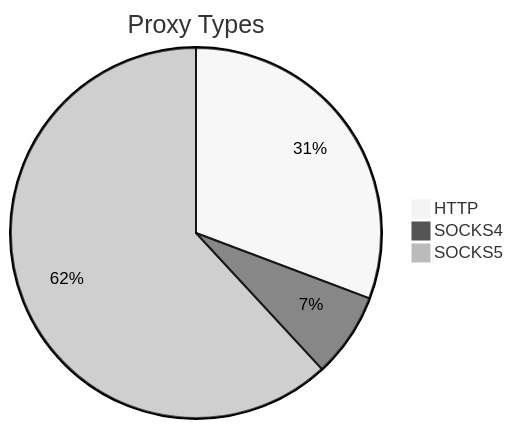
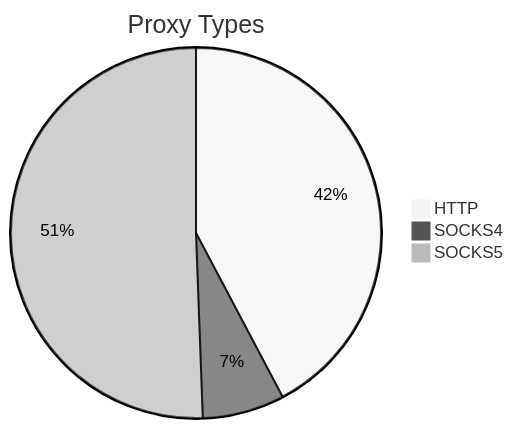
The first of 2 diagrams in README.md (stormsia/proxy-list), drawn with Mermaid (neutral theme) before and after one commit. The commit also changed other lines of this file, not shown here.

````diff
--- a/README.md
+++ b/README.md
@@ -21,6 +21,6 @@
 ```mermaid
 pie title Proxy Types
-    "HTTP" : 229
+    "HTTP" : 325
     "SOCKS4" : 55
-    "SOCKS5" : 461
+    "SOCKS5" : 389
 ```
````
